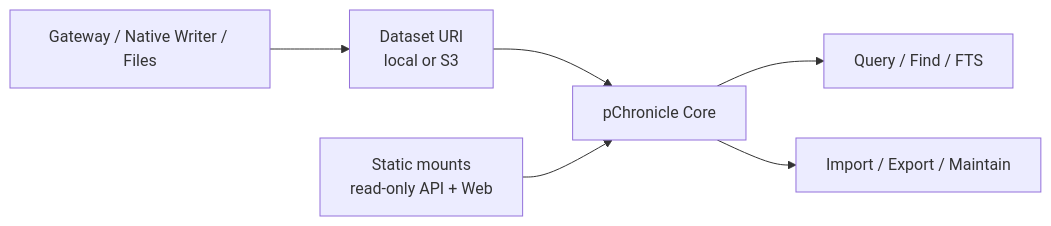
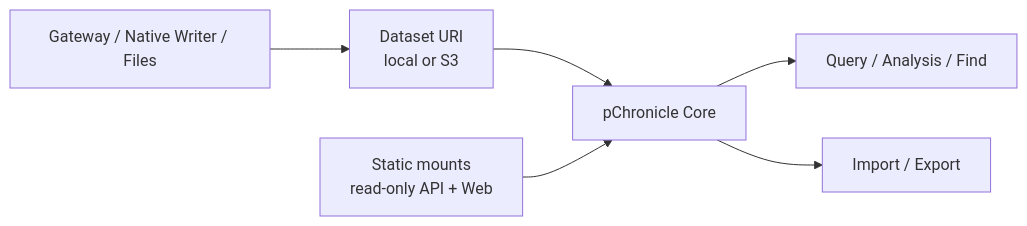
Before and after one commit to DeepLink-org/Persisting: the diagram in docs/src/design/pchronicle-product.md, drawn with Mermaid. The commit also changed other lines of this file and 119 other files, not shown here.

````diff
--- a/docs/src/design/pchronicle-product.md
+++ b/docs/src/design/pchronicle-product.md
@@ -38,8 +35,8 @@
 ```mermaid
 flowchart LR
   P[Gateway / Native Writer / Files] --> D[Dataset URI\nlocal or S3]
   D --> C[pChronicle Core]
-  C --> Q[Query / Find / FTS]
-  C --> E[Import / Export / Maintain]
+  C --> Q[Query / Analysis / Find]
+  C --> E[Import / Export]
   W[Static mounts\nread-only API + Web] --> C
 ```
````
